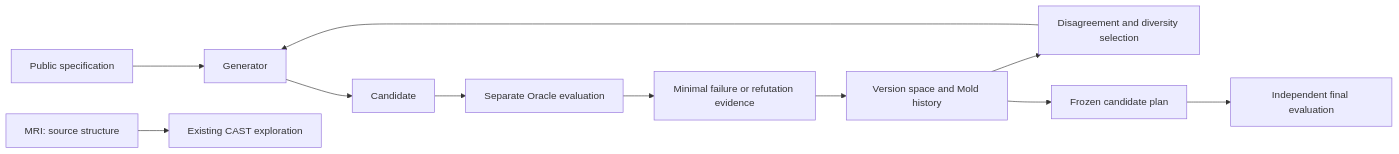
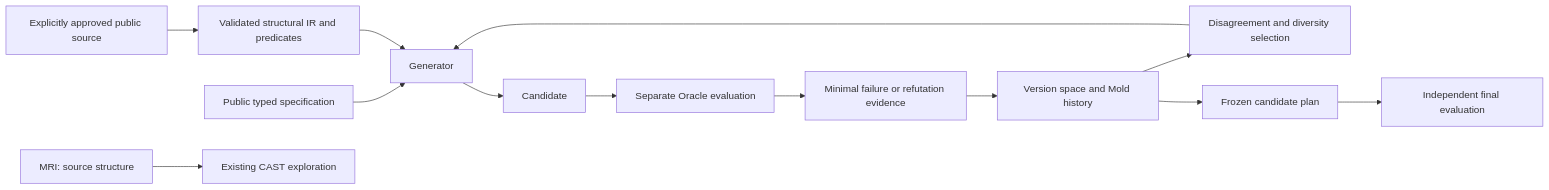
Before and after one commit to hibou04-ops/antemortem-structural-lab: the diagram in README.md, drawn with Mermaid. The commit also changed other lines of this file and 54 other files, not shown here.

````diff
--- a/README.md
+++ b/README.md
@@ -17,13 +17,15 @@
 ```mermaid
 flowchart LR
-    S[Public specification] --> G[Generator]
+    S[Public typed specification] --> G[Generator]
+    P[Explicitly approved public source] --> I[Validated structural IR and predicates]
+    I --> G
     M[MRI: source structure] --> C[Existing CAST exploration]
     G --> X[Candidate]
     X --> O[Separate Oracle evaluation]
     O --> F[Minimal failure or refutation evidence]
     F --> V[Version space and Mold history]
     V --> Q[Disagreement and diversity selection]
     Q --> G
     V --> Z[Frozen candidate plan]
     Z --> H[Independent final evaluation]
 ```
````
